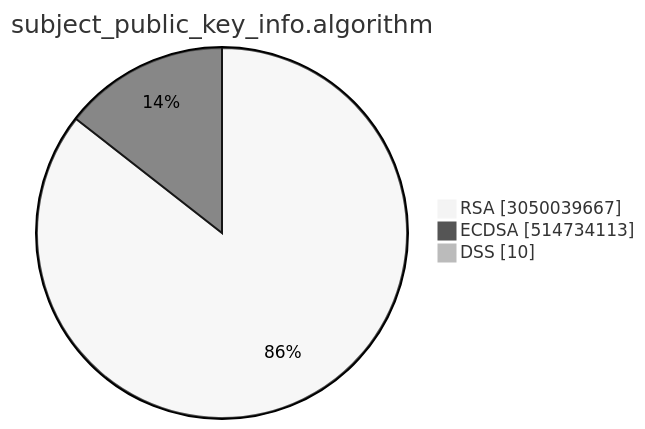
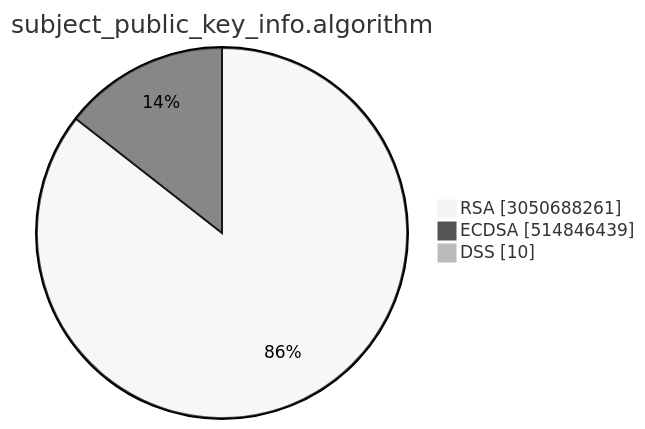
One commit to christiankrug/ctmonitor_visualization changed the second of 15 diagrams in TOTAL/README.md. Above: the diagram before and after it, drawn with Mermaid (neutral theme). The commit also changed other lines of this file, not shown here.

````diff
--- a/TOTAL/README.md
+++ b/TOTAL/README.md
@@ -6,7 +6,7 @@
 ```mermaid
 pie showData
 title subject_public_key_info.algorithm
-"RSA" :3050039667
-"ECDSA" :514734113
+"RSA" :3050688261
+"ECDSA" :514846439
 "DSS" :10
 ```
````
